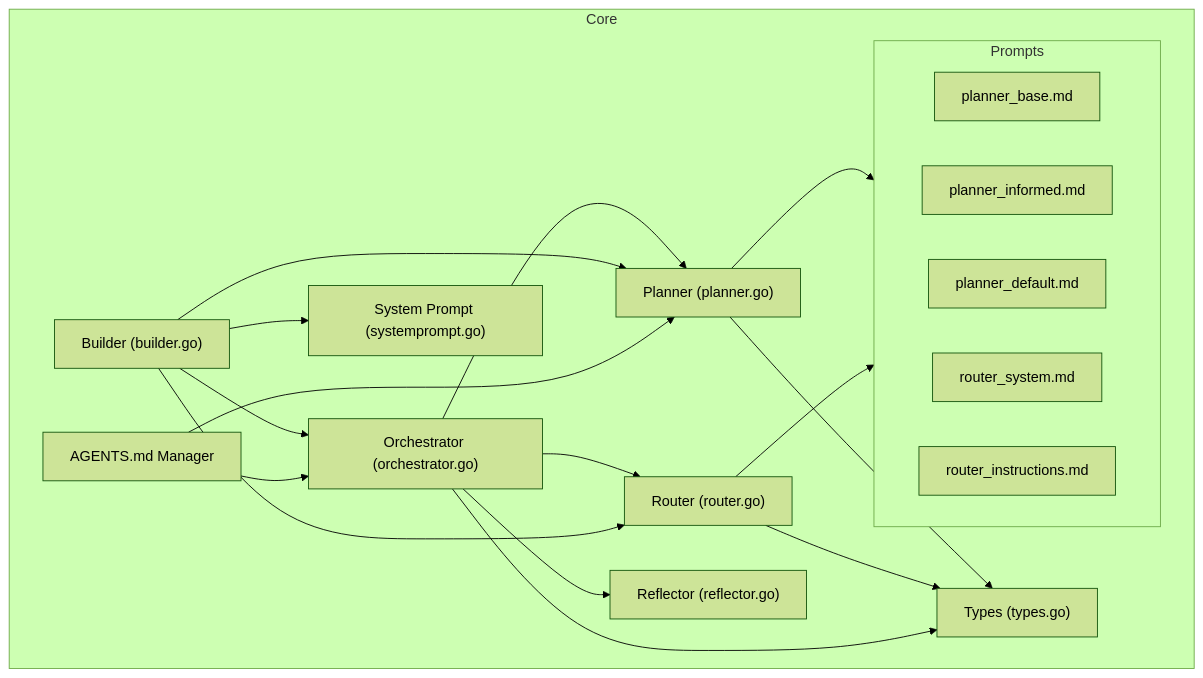
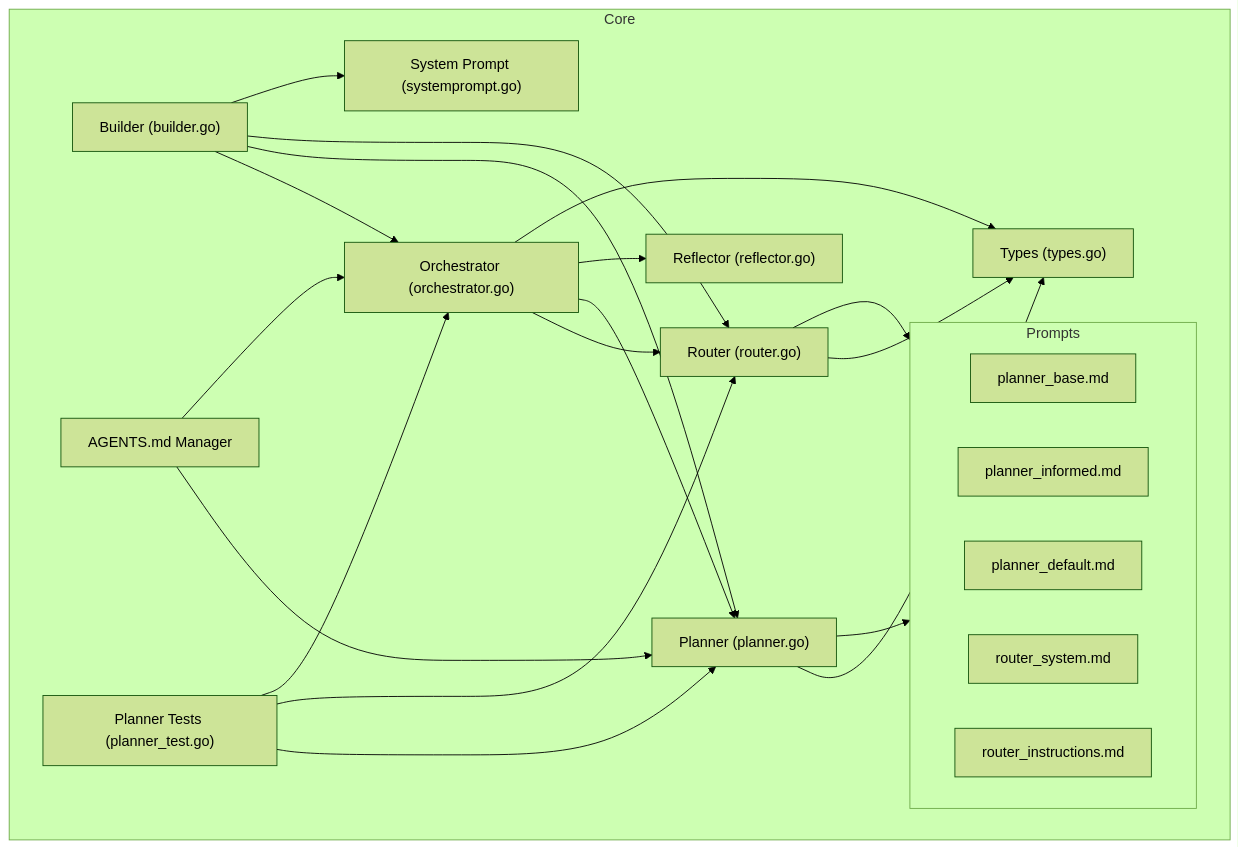
Before and after one commit to v0lka/c0wrk: the first of 11 diagrams in .qoder/repowiki/en/content/Core AI Engine/Planner System.md, drawn with Mermaid (forest theme). The commit also changed other lines of this file and 8 other files, not shown here.

````diff
--- a/.qoder/repowiki/en/content/Core AI Engine/Planner System.md
+++ b/.qoder/repowiki/en/content/Core AI Engine/Planner System.md
@@ -63,35 +65,39 @@
 ```mermaid
 graph TB
 subgraph "Core"
 Planner["Planner (planner.go)"]
 Router["Router (router.go)"]
 Orchestrator["Orchestrator (orchestrator.go)"]
 Prompts["Prompts (prompts.go)"]
 Types["Types (types.go)"]
 Builder["Builder (builder.go)"]
 SysPrompt["System Prompt (systemprompt.go)"]
 Reflector["Reflector (reflector.go)"]
 AgentsMD["AGENTS.md Manager"]
+PlannerTests["Planner Tests (planner_test.go)"]
 end
 subgraph "Prompts"
 PB["planner_base.md"]
 PI["planner_informed.md"]
 PD["planner_default.md"]
 RS["router_system.md"]
 RI["router_instructions.md"]
 end
 Orchestrator --> Router
 Orchestrator --> Planner
 Planner --> Prompts
 Router --> Prompts
 Builder --> Orchestrator
 Builder --> Planner
 Builder --> Router
 Builder --> SysPrompt
 Orchestrator --> Reflector
 Planner --> Types
 Router --> Types
 Orchestrator --> Types
 AgentsMD --> Planner
 AgentsMD --> Orchestrator
+PlannerTests --> Planner
+PlannerTests --> Router
+PlannerTests --> Orchestrator
 ```
````
